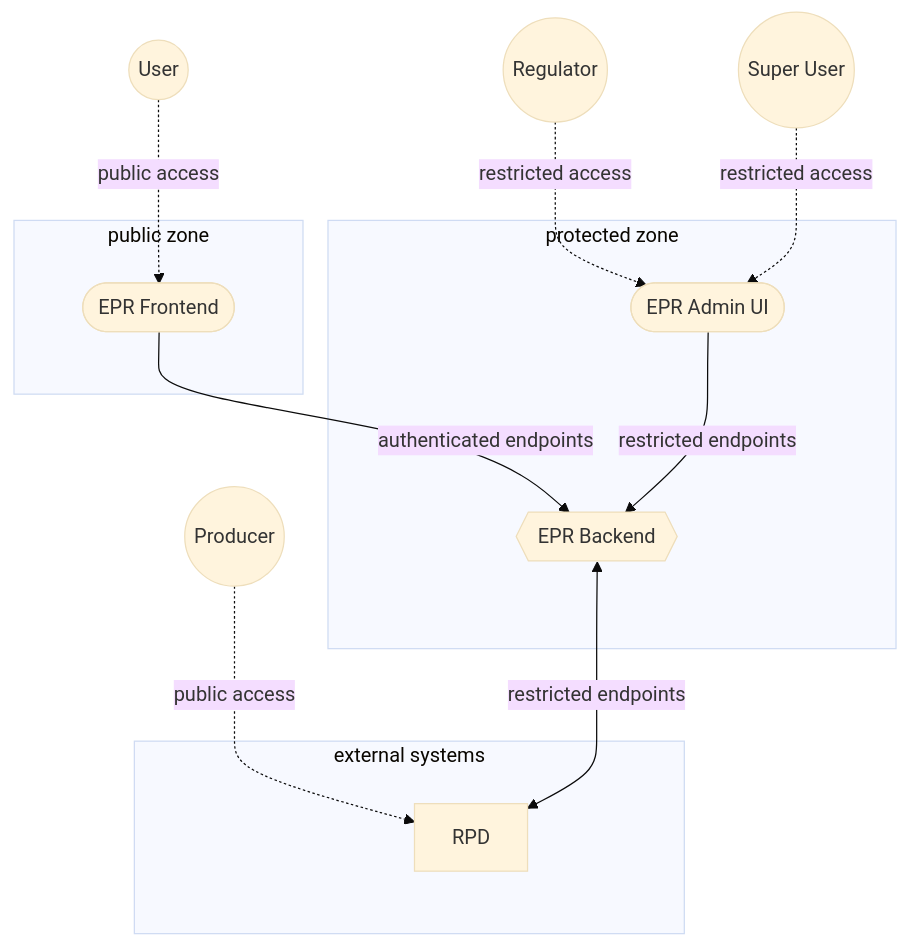
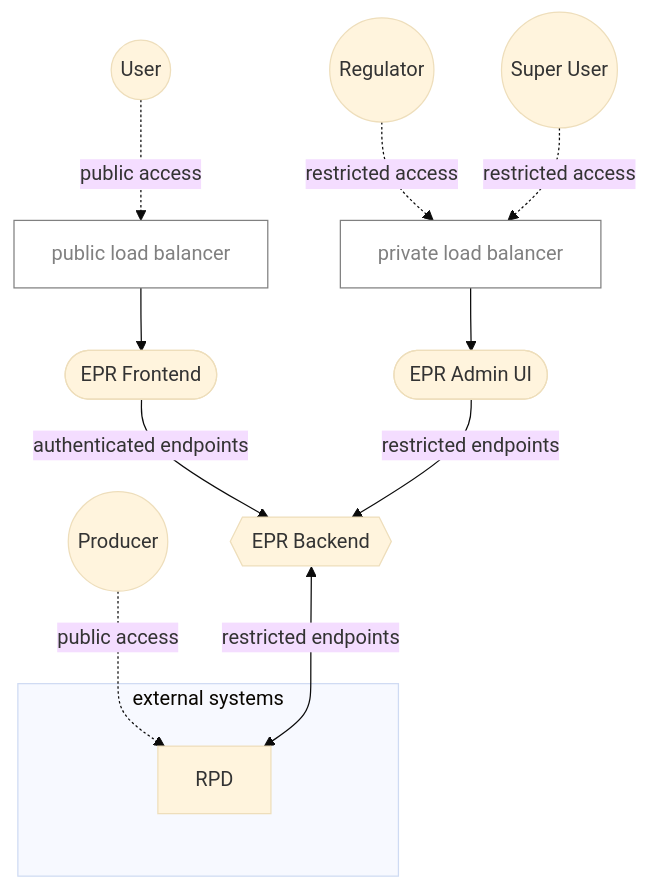
One commit to DEFRA/epr-backend changed the first of 9 diagrams in docs/architecture/discovery/pepr-hld.md. Above: the diagram before and after it, drawn with Mermaid (base theme).

Commit message:
update architecture diagram to be more consistent with Admin UI ADR

````diff
--- a/docs/architecture/discovery/pepr-hld.md
+++ b/docs/architecture/discovery/pepr-hld.md
@@ -56,42 +56,37 @@
 ```mermaid
 flowchart TD;
     USER((User))
     SUPER-USER((Super User))
     PRODUCER((Producer))
     REGULATOR((Regulator))
 
   classDef invisible opacity:0
+  classDef discreet fill:transparent,stroke:gray,color:gray
 
-  subgraph protected zone
-    subgraph PROTECTED-ZONE-NESTED
-      EPR-ADMIN-UI([EPR Admin UI])
-      EPR-BACKEND{{EPR Backend}}
-    end
-  end
-
-  subgraph public zone
-    subgraph PUBLIC-ZONE-NESTED
-      EPR-FRONTEND([EPR Frontend])
-    end
-  end
+  PROTECTED-ALB[private load balancer]
+  PUBLIC-ALB[public load balancer]
+  EPR-ADMIN-UI([EPR Admin UI])
+  EPR-BACKEND{{EPR Backend}}
+  EPR-FRONTEND([EPR Frontend])
 
   subgraph external systems
     subgraph EXTERNAL-SYSTEMS
       RPD[RPD]
     end
   end
 
-  PROTECTED-ZONE-NESTED:::invisible
-  PUBLIC-ZONE-NESTED:::invisible
   EXTERNAL-SYSTEMS:::invisible
+  PROTECTED-ALB:::discreet
+  PUBLIC-ALB:::discreet
 
-  USER-. public access .->EPR-FRONTEND;
+  USER-. public access .->PUBLIC-ALB;
+  PUBLIC-ALB-->EPR-FRONTEND;
   PRODUCER-. public access .->RPD;
-  REGULATOR-. restricted access .->EPR-ADMIN-UI;
-  SUPER-USER-. restricted access .->EPR-ADMIN-UI;
-
+  REGULATOR-. restricted access .->PROTECTED-ALB;
+  SUPER-USER-. restricted access .->PROTECTED-ALB;
+  PROTECTED-ALB-->EPR-ADMIN-UI;
 
   EPR-FRONTEND-- authenticated endpoints -->EPR-BACKEND;
   EPR-ADMIN-UI-- restricted endpoints -->EPR-BACKEND;
   EPR-BACKEND<-- restricted endpoints -->RPD
 ```
````
